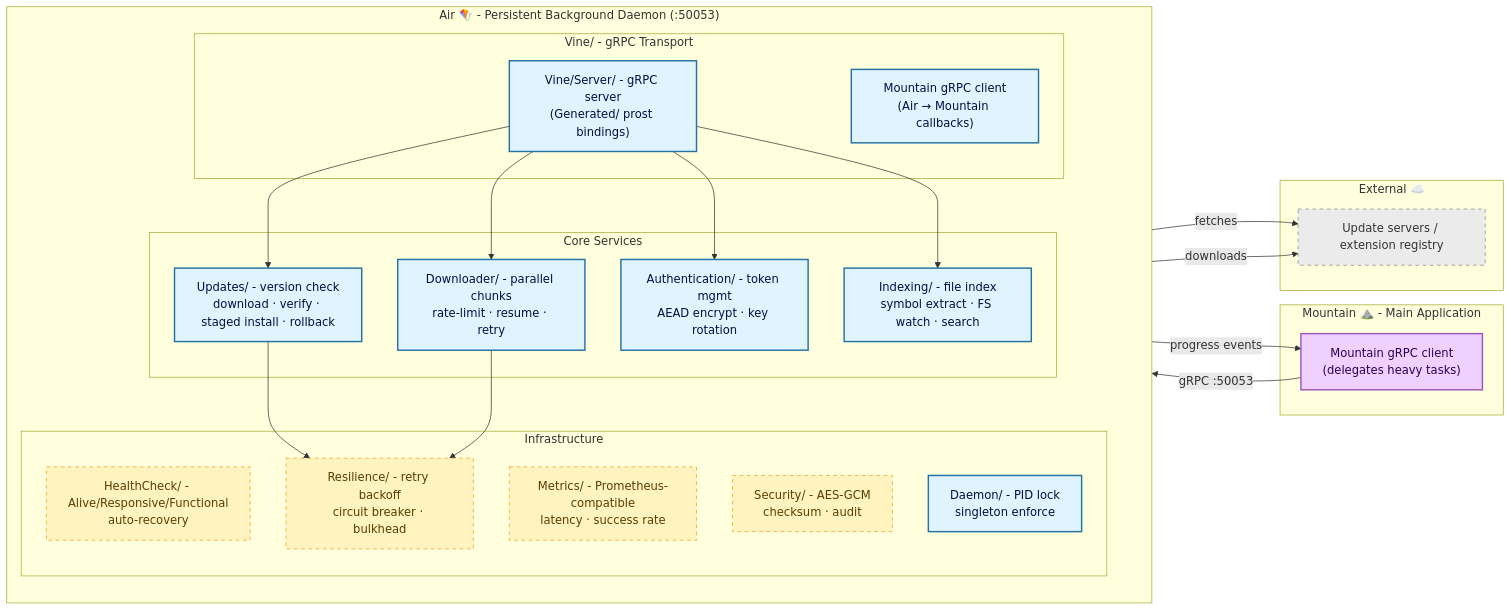
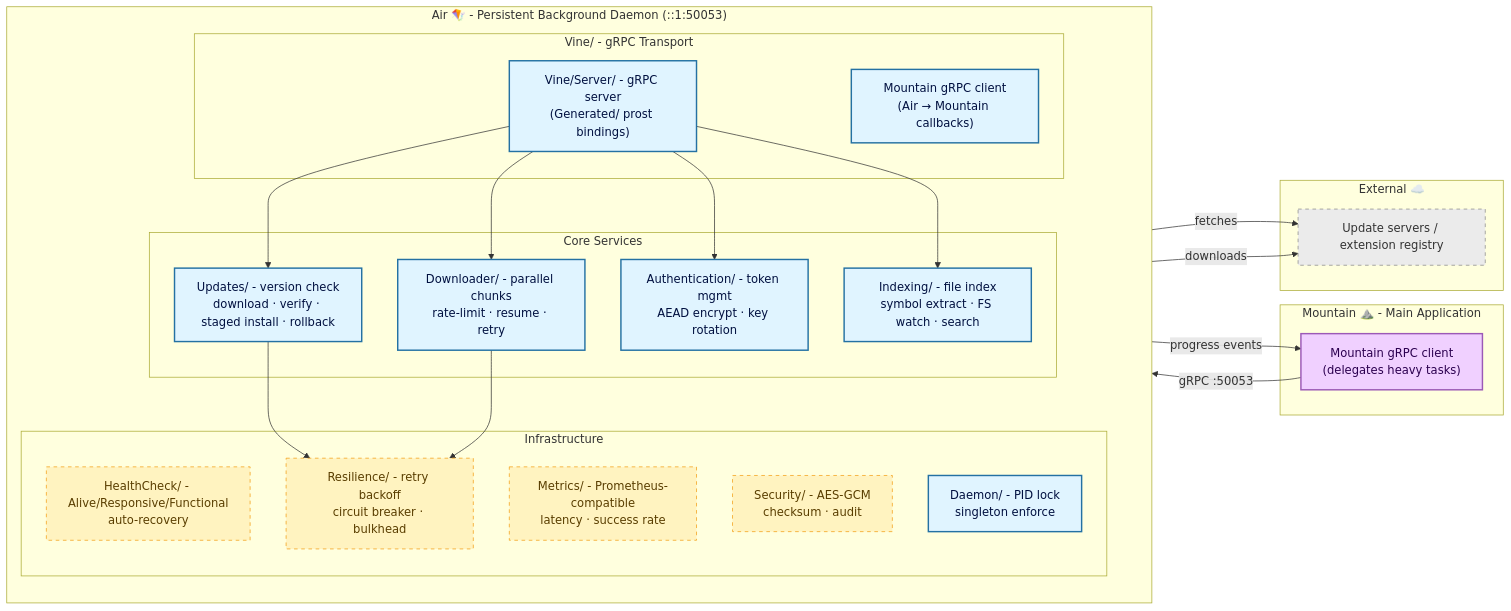
Before and after one commit to CodeEditorLand/Air: the diagram in README.md, drawn with Mermaid. The commit also changed other lines of this file, not shown here.

First line of the commit message:
feat(Air): Sync Documentation/Rust submodule and restructure README

````diff
--- a/README.md
+++ b/README.md
@@ -210,48 +126,48 @@
 ```mermaid
 graph LR
     classDef mountain fill:#f0d0ff,stroke:#9b59b6,stroke-width:2px,color:#2c0050;
     classDef air      fill:#e0f4ff,stroke:#2471a3,stroke-width:2px,color:#001040;
     classDef external fill:#ebebeb,stroke:#888,stroke-width:1px,stroke-dasharray:5 5,color:#333;
     classDef infra    fill:#fff3c0,stroke:#f39c12,stroke-width:1px,stroke-dasharray:5 5,color:#5a3e00;
 
     subgraph MOUNTAIN["Mountain ⛰️ - Main Application"]
         MountainIPC["Mountain gRPC client\n(delegates heavy tasks)"]:::mountain
     end
 
-    subgraph AIR["Air 🪁 - Persistent Background Daemon (:50053)"]
+    subgraph AIR["Air 🪁 - Persistent Background Daemon (::1:50053)"]
         direction TB
         subgraph COMM["Vine/ - gRPC Transport"]
             VineServer["Vine/Server/ - gRPC server\n(Generated/ prost bindings)"]:::air
             MountainClient["Mountain gRPC client\n(Air → Mountain callbacks)"]:::air
         end
         subgraph CORE["Core Services"]
             Updates["Updates/ - version check\ndownload · verify · staged install · rollback"]:::air
             Downloader["Downloader/ - parallel chunks\nrate-limit · resume · retry"]:::air
             Auth["Authentication/ - token mgmt\nAEAD encrypt · key rotation"]:::air
             Indexing["Indexing/ - file index\nsymbol extract · FS watch · search"]:::air
         end
         subgraph INFRA["Infrastructure"]
             Health["HealthCheck/ - Alive/Responsive/Functional\nauto-recovery"]:::infra
             Resilience["Resilience/ - retry backoff\ncircuit breaker · bulkhead"]:::infra
             Metrics["Metrics/ - Prometheus-compatible\nlatency · success rate"]:::infra
             Security["Security/ - AES-GCM\nchecksum · audit"]:::infra
             Daemon["Daemon/ - PID lock\nsingleton enforce"]:::air
         end
 
         VineServer --> Updates
         VineServer --> Downloader
         VineServer --> Auth
         VineServer --> Indexing
         Updates --> Resilience
         Downloader --> Resilience
     end
 
     subgraph EXTERNAL["External ☁️"]
         UpdateSrv["Update servers / extension registry"]:::external
     end
 
     MountainIPC -- gRPC :50053 --> VineServer
     MountainClient -- progress events --> MountainIPC
     Updates -- fetches --> UpdateSrv
     Downloader -- downloads --> UpdateSrv
 ```
````
